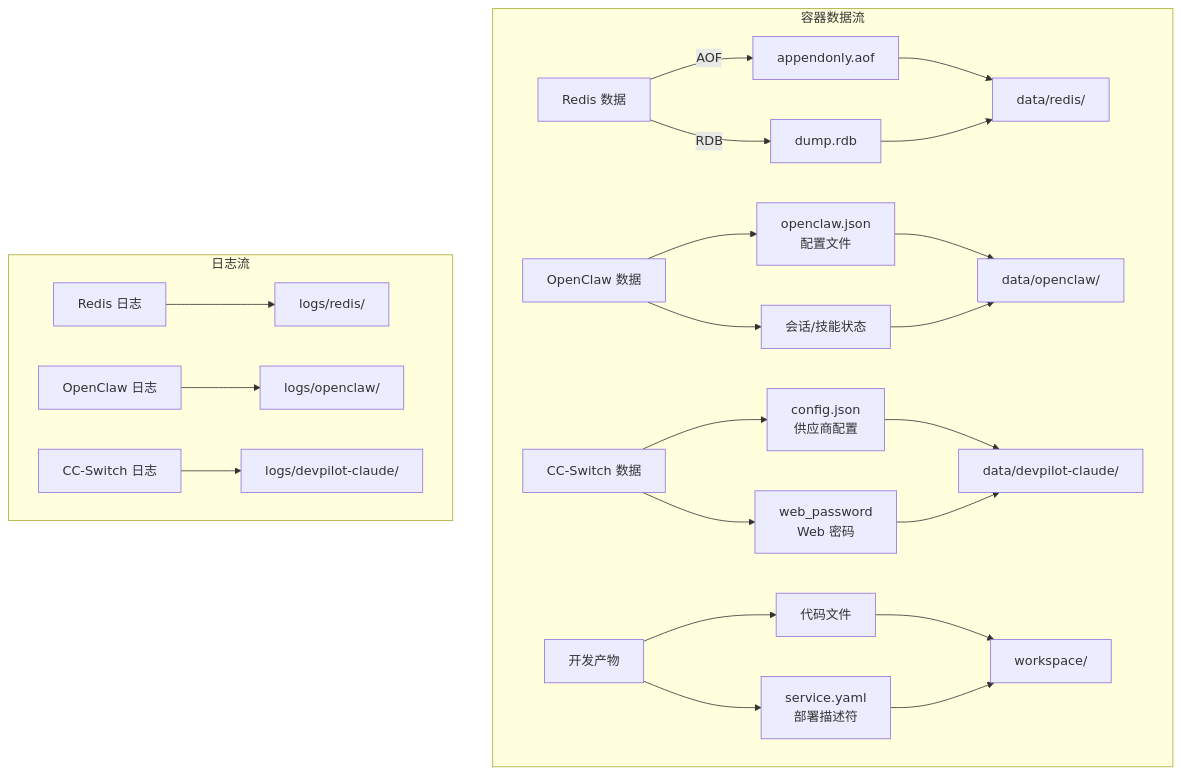
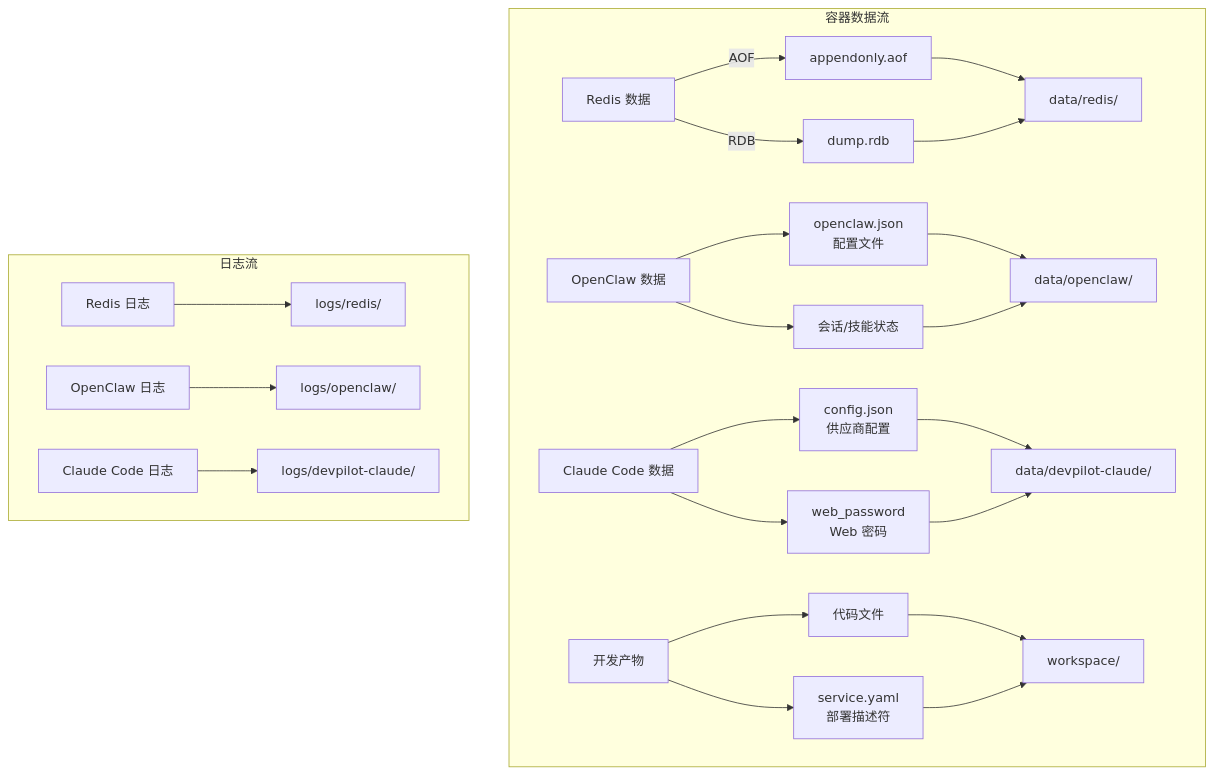
Before and after one commit to smart-open/DevPilot: the seventh of 14 diagrams in 产品架构技术设计说明书.md, drawn with Mermaid. The commit also changed other lines of this file and 22 other files, not shown here.

````diff
--- a/产品架构技术设计说明书.md
+++ b/产品架构技术设计说明书.md
@@ -605,34 +605,34 @@
 ```mermaid
 graph TB
     subgraph 容器数据流
         RD_DATA[Redis 数据]
         RD_DATA -->|AOF| AF[appendonly.aof]
         RD_DATA -->|RDB| RF[dump.rdb]
         AF --> VOL1[data/redis/]
         RF --> VOL1
 
         OC_DATA[OpenClaw 数据]
         OC_DATA --> OCF[openclaw.json<br/>配置文件]
         OC_DATA --> OCS[会话/技能状态]
         OCF --> VOL2[data/openclaw/]
         OCS --> VOL2
 
-        CC_DATA[CC-Switch 数据]
+        CC_DATA[Claude Code 数据]
         CC_DATA --> CCF[config.json<br/>供应商配置]
         CC_DATA --> CCP[web_password<br/>Web 密码]
         CCF --> VOL3[data/devpilot-claude/]
         CCP --> VOL3
 
         WS_DATA[开发产物]
         WS_DATA --> WSC[代码文件]
         WS_DATA --> WSY[service.yaml<br/>部署描述符]
         WSC --> VOL4[workspace/]
         WSY --> VOL4
     end
 
     subgraph 日志流
         RL[Redis 日志] --> LV1[logs/redis/]
         OL[OpenClaw 日志] --> LV2[logs/openclaw/]
-        CL[CC-Switch 日志] --> LV3[logs/devpilot-claude/]
+        CL[Claude Code 日志] --> LV3[logs/devpilot-claude/]
     end
 ```
````
